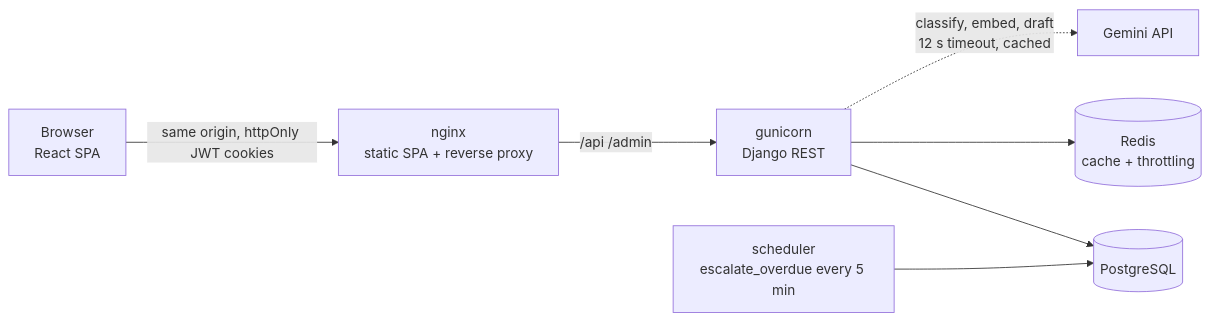
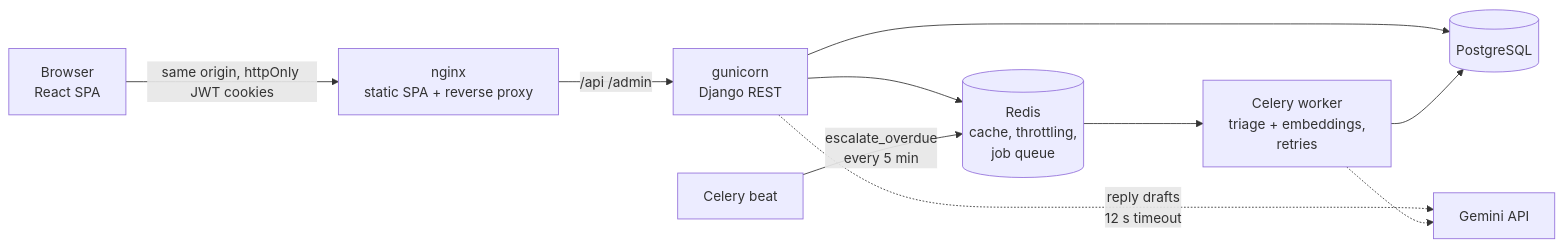
One commit to swatishah946/SupportTicketSystem changed the diagram in README.md. Above: the diagram before and after it, drawn with Mermaid. The commit also changed other lines of this file and 31 other files, not shown here.

````diff
--- a/README.md
+++ b/README.md
@@ -61,9 +69,12 @@
 ```mermaid
 flowchart LR
     B[Browser<br/>React SPA] -->|same origin, httpOnly JWT cookies| N[nginx<br/>static SPA + reverse proxy]
     N -->|/api /admin| G[gunicorn<br/>Django REST]
     G --> P[(PostgreSQL)]
-    G --> R[(Redis<br/>cache + throttling)]
-    G -.->|classify, embed, draft<br/>12 s timeout, cached| AI[Gemini API]
-    S[scheduler<br/>escalate_overdue every 5 min] --> P
+    G --> R[(Redis<br/>cache, throttling,<br/>job queue)]
+    G -.->|reply drafts<br/>12 s timeout| AI[Gemini API]
+    R --> W[Celery worker<br/>triage + embeddings,<br/>retries]
+    W -.-> AI
+    W --> P
+    BT[Celery beat] -->|escalate_overdue<br/>every 5 min| R
 ```
````
